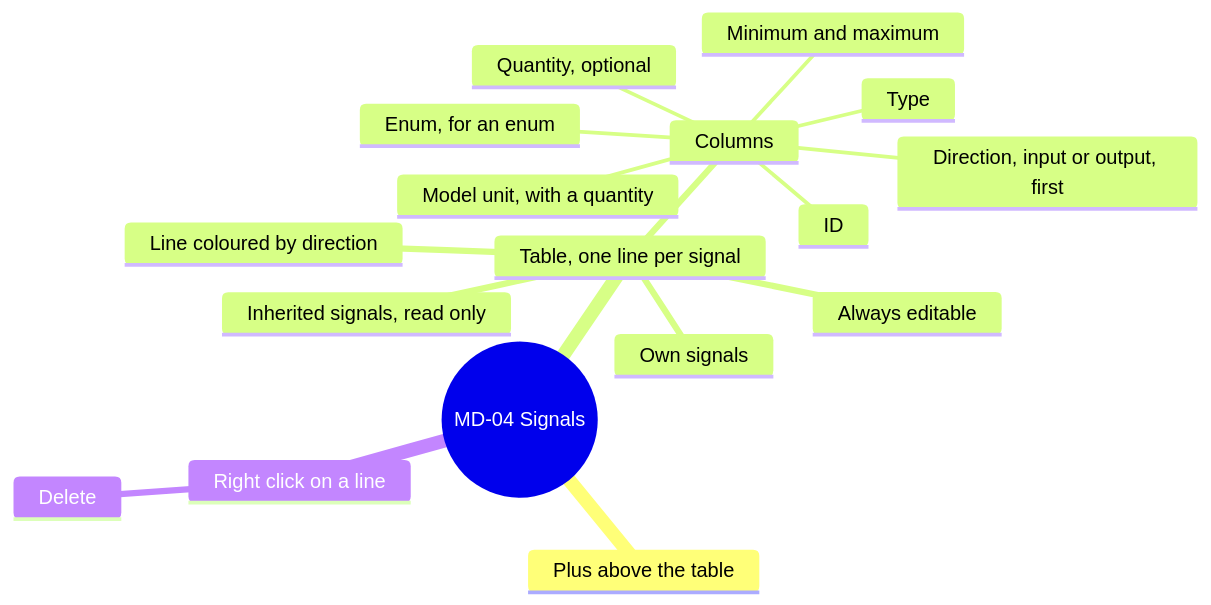
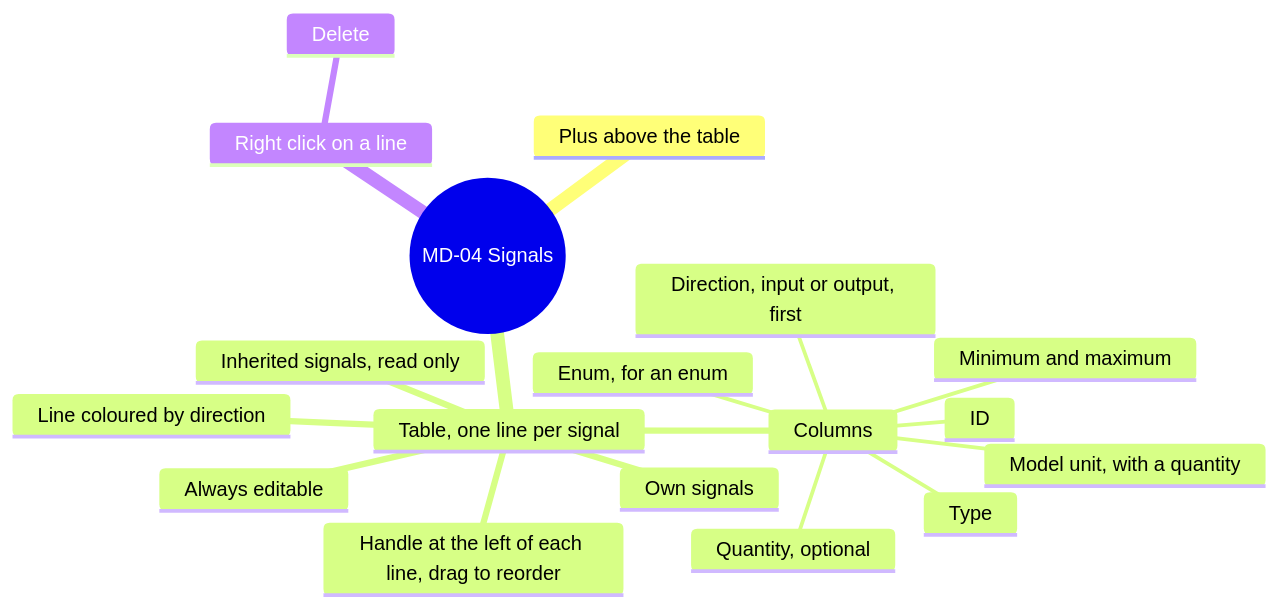
The seventh of 14 diagrams in screens/metadata.md (AlexandreGallais/synoptic-studio-spec), drawn with Mermaid before and after one commit. The commit also changed other lines of this file and 4 other files, not shown here.

First line of the commit message:
docs(metadata): add a drag handle to reorder signals and commands

````diff
--- a/screens/metadata.md
+++ b/screens/metadata.md
@@ -172,20 +172,21 @@
 ```mermaid
 mindmap
   root((MD-04 Signals))
     Plus above the table
     Table, one line per signal
       Own signals
       Inherited signals, read only
       Always editable
       Line coloured by direction
+      Handle at the left of each line, drag to reorder
       Columns
         Direction, input or output, first
         ID
         Type
         Enum, for an enum
         Quantity, optional
         Model unit, with a quantity
         Minimum and maximum
     Right click on a line
       Delete
 ```
````
